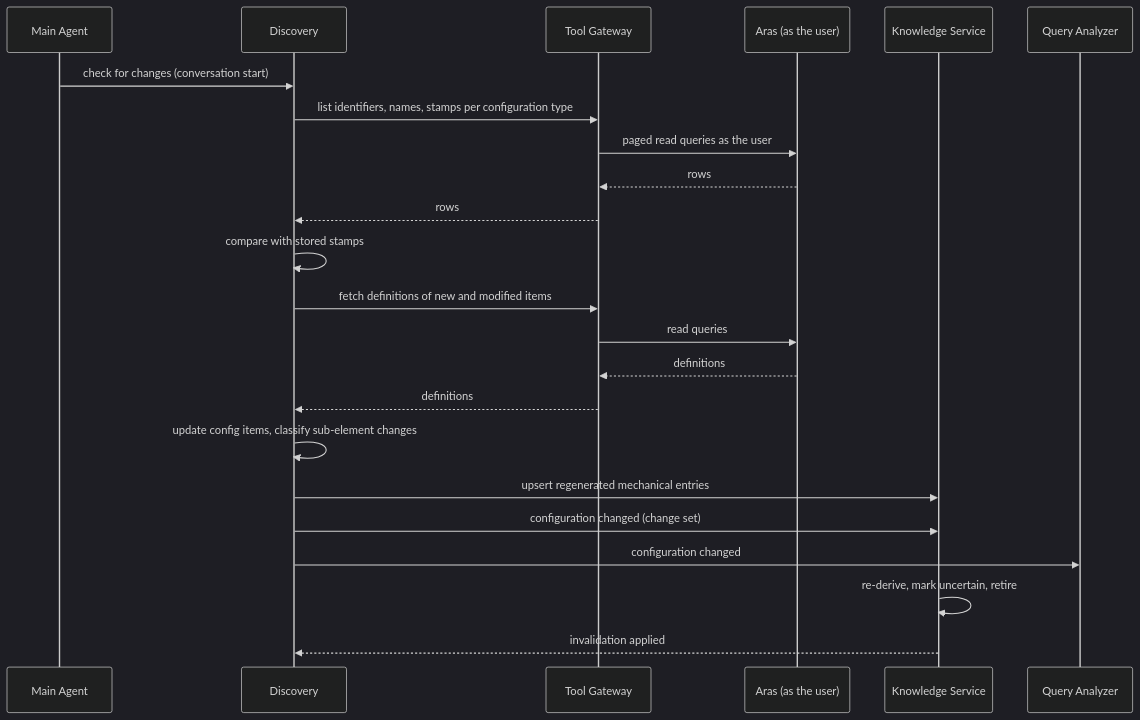
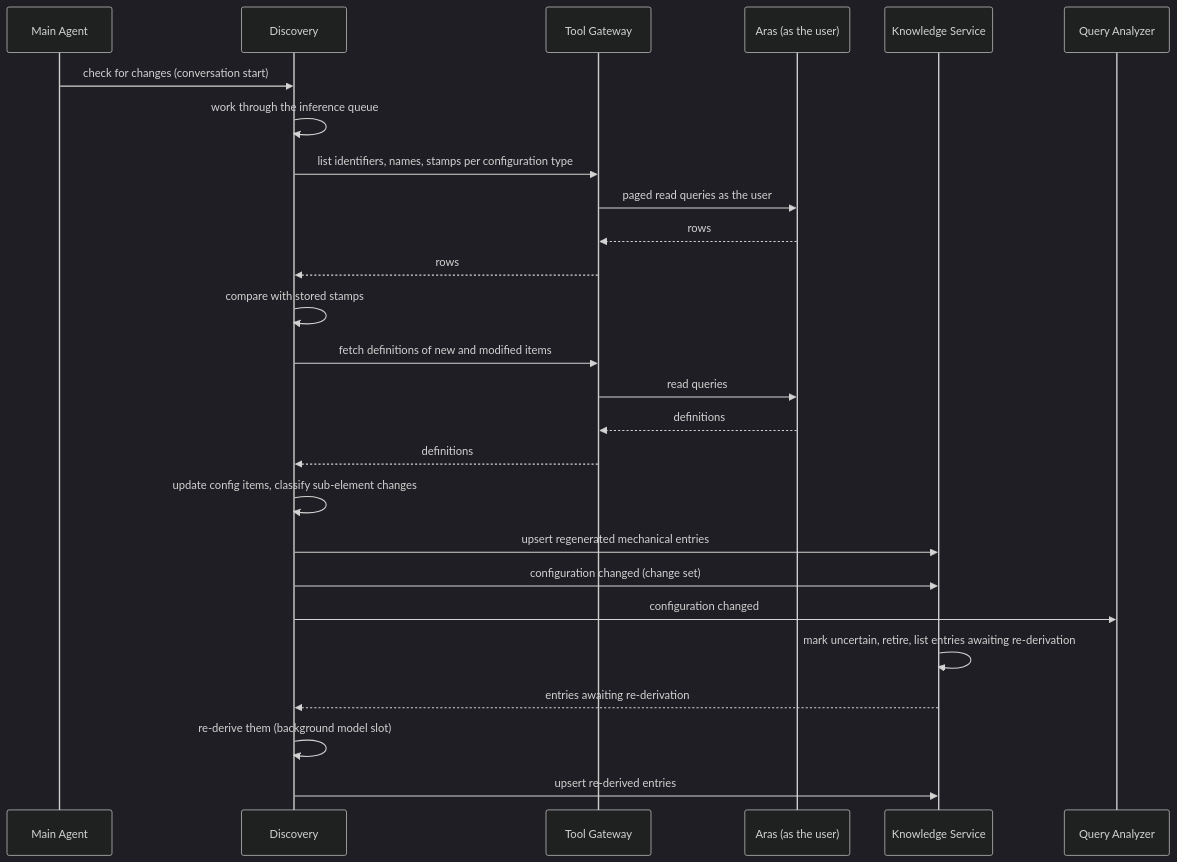
One commit to omkarbhale/aras-insight changed the diagram in docs/specs/discovery.md. Above: the diagram before and after it, drawn with Mermaid (dark theme). The commit also changed other lines of this file and 99 other files, not shown here.

````diff
--- a/docs/specs/discovery.md
+++ b/docs/specs/discovery.md
@@ -139,25 +142,28 @@
 ```mermaid
 sequenceDiagram
     participant MA as Main Agent
     participant D as Discovery
     participant TG as Tool Gateway
     participant A as Aras (as the user)
     participant K as Knowledge Service
     participant QA as Query Analyzer
     MA->>D: check for changes (conversation start)
+    D->>D: work through the inference queue
     D->>TG: list identifiers, names, stamps per configuration type
     TG->>A: paged read queries as the user
     A-->>TG: rows
     TG-->>D: rows
     D->>D: compare with stored stamps
     D->>TG: fetch definitions of new and modified items
     TG->>A: read queries
     A-->>TG: definitions
     TG-->>D: definitions
     D->>D: update config items, classify sub-element changes
     D->>K: upsert regenerated mechanical entries
     D->>K: configuration changed (change set)
     D->>QA: configuration changed
-    K->>K: re-derive, mark uncertain, retire
-    K-->>D: invalidation applied
+    K->>K: mark uncertain, retire, list entries awaiting re-derivation
+    K-->>D: entries awaiting re-derivation
+    D->>D: re-derive them (background model slot)
+    D->>K: upsert re-derived entries
 ```
````
